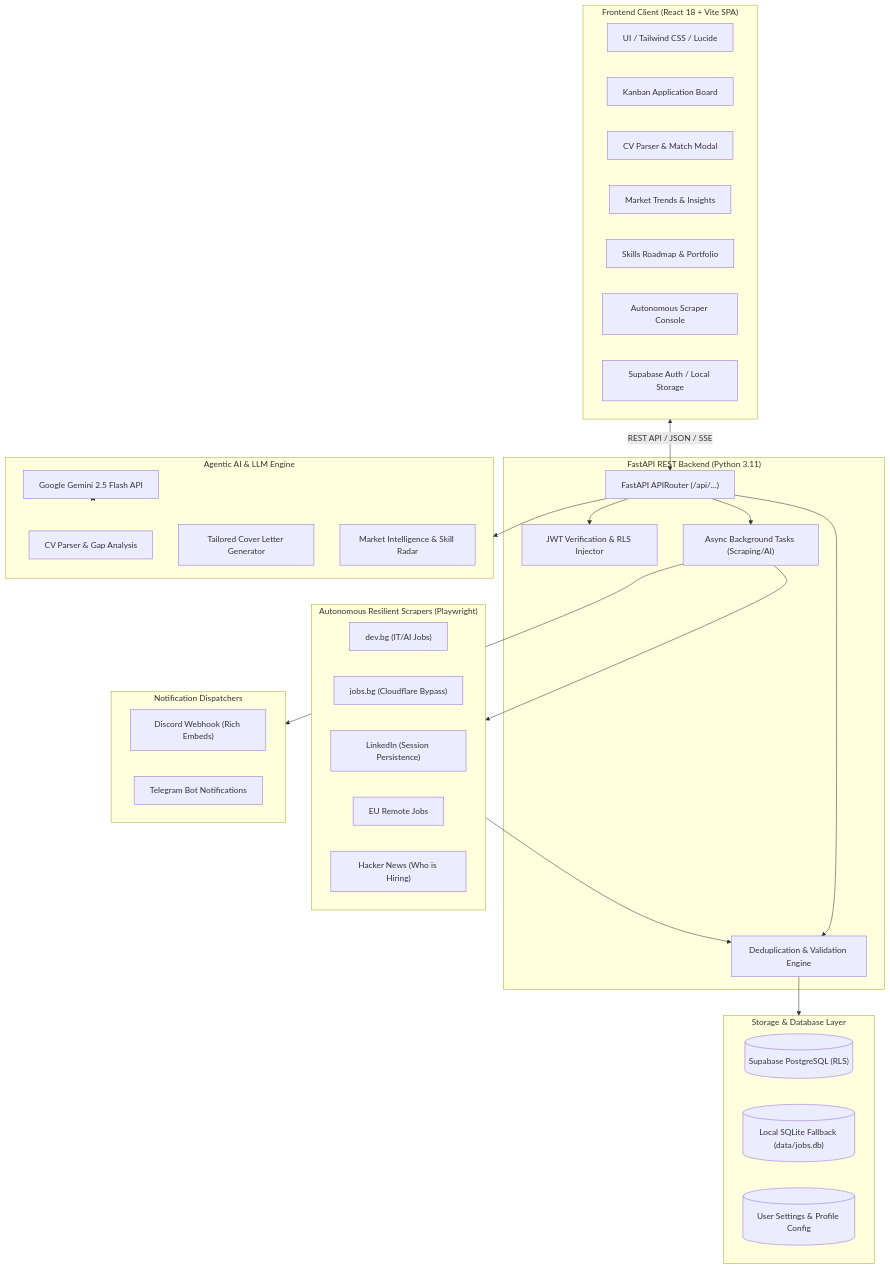
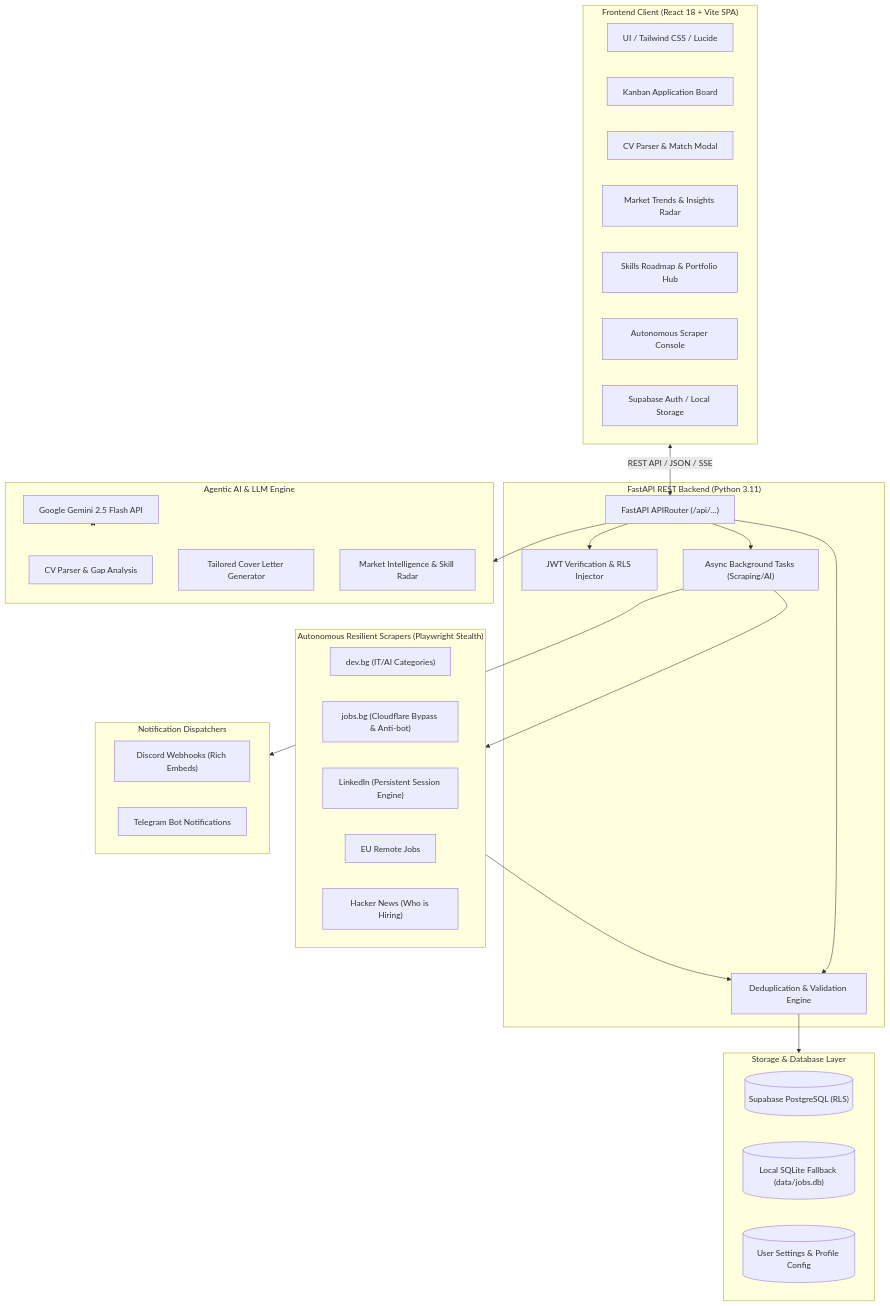
The diagram in README.md (peturganchev/Job-Finder), drawn with Mermaid before and after one commit. The commit also changed other lines of this file and 4 other files, not shown here.

````diff
--- a/README.md
+++ b/README.md
@@ -45,59 +45,59 @@
 ```mermaid
 flowchart TD
     subgraph Client["Frontend Client (React 18 + Vite SPA)"]
         UI["UI / Tailwind CSS / Lucide"]
         KB["Kanban Application Board"]
         CV["CV Parser & Match Modal"]
-        MA["Market Trends & Insights"]
-        SR["Skills Roadmap & Portfolio"]
+        MA["Market Trends & Insights Radar"]
+        SR["Skills Roadmap & Portfolio Hub"]
         SC["Autonomous Scraper Console"]
         AUTH["Supabase Auth / Local Storage"]
     end
 
     subgraph Backend["FastAPI REST Backend (Python 3.11)"]
         ROUTER["FastAPI APIRouter (/api/...)"]
         AUTH_MW["JWT Verification & RLS Injector"]
         DEDUP["Deduplication & Validation Engine"]
         TASK_MGR["Async Background Tasks (Scraping/AI)"]
     end
 
     subgraph Intelligence["Agentic AI & LLM Engine"]
         GEMINI["Google Gemini 2.5 Flash API"]
         CV_ENGINE["CV Parser & Gap Analysis"]
         COVER_LETTER["Tailored Cover Letter Generator"]
         MARKET_INSIGHTS["Market Intelligence & Skill Radar"]
     end
 
-    subgraph Scrapers["Autonomous Resilient Scrapers (Playwright)"]
-        DEVBG["dev.bg (IT/AI Jobs)"]
-        JOBSBG["jobs.bg (Cloudflare Bypass)"]
-        LINKEDIN["LinkedIn (Session Persistence)"]
+    subgraph Scrapers["Autonomous Resilient Scrapers (Playwright Stealth)"]
+        DEVBG["dev.bg (IT/AI Categories)"]
+        JOBSBG["jobs.bg (Cloudflare Bypass & Anti-bot)"]
+        LINKEDIN["LinkedIn (Persistent Session Engine)"]
         EUREMOTE["EU Remote Jobs"]
         HN["Hacker News (Who is Hiring)"]
     end
 
     subgraph Persistence["Storage & Database Layer"]
         SUPABASE[("Supabase PostgreSQL (RLS)")]
         SQLITE[("Local SQLite Fallback (data/jobs.db)")]
         SETTINGS[("User Settings & Profile Config")]
     end
 
     subgraph Notification["Notification Dispatchers"]
-        DISCORD["Discord Webhook (Rich Embeds)"]
+        DISCORD["Discord Webhooks (Rich Embeds)"]
         TELEGRAM["Telegram Bot Notifications"]
     end
 
     Client <-->|REST API / JSON / SSE| ROUTER
     ROUTER --> AUTH_MW
     ROUTER --> TASK_MGR
     ROUTER --> DEDUP
     
     TASK_MGR --> Scrapers
     Scrapers --> DEDUP
     DEDUP --> Persistence
     
     ROUTER --> Intelligence
     GEMINI <--> Intelligence
     
     TASK_MGR --> Notification
 ```
````
